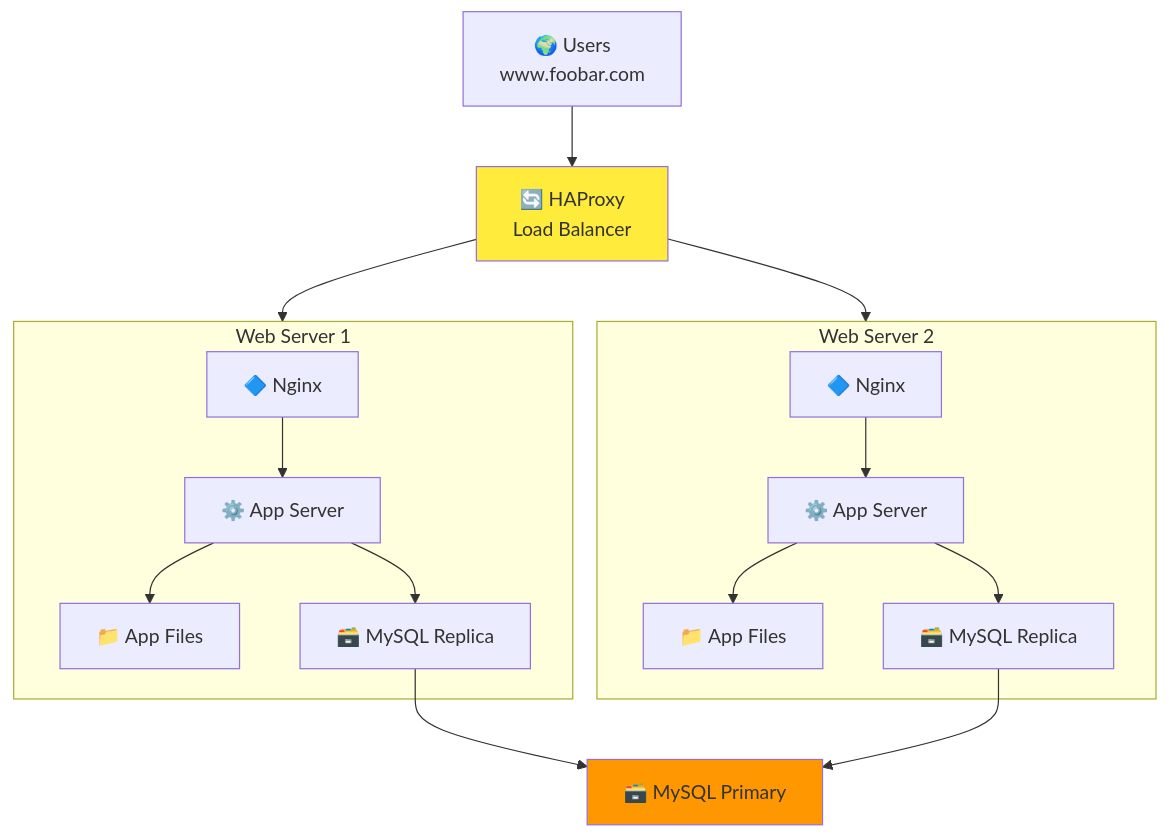
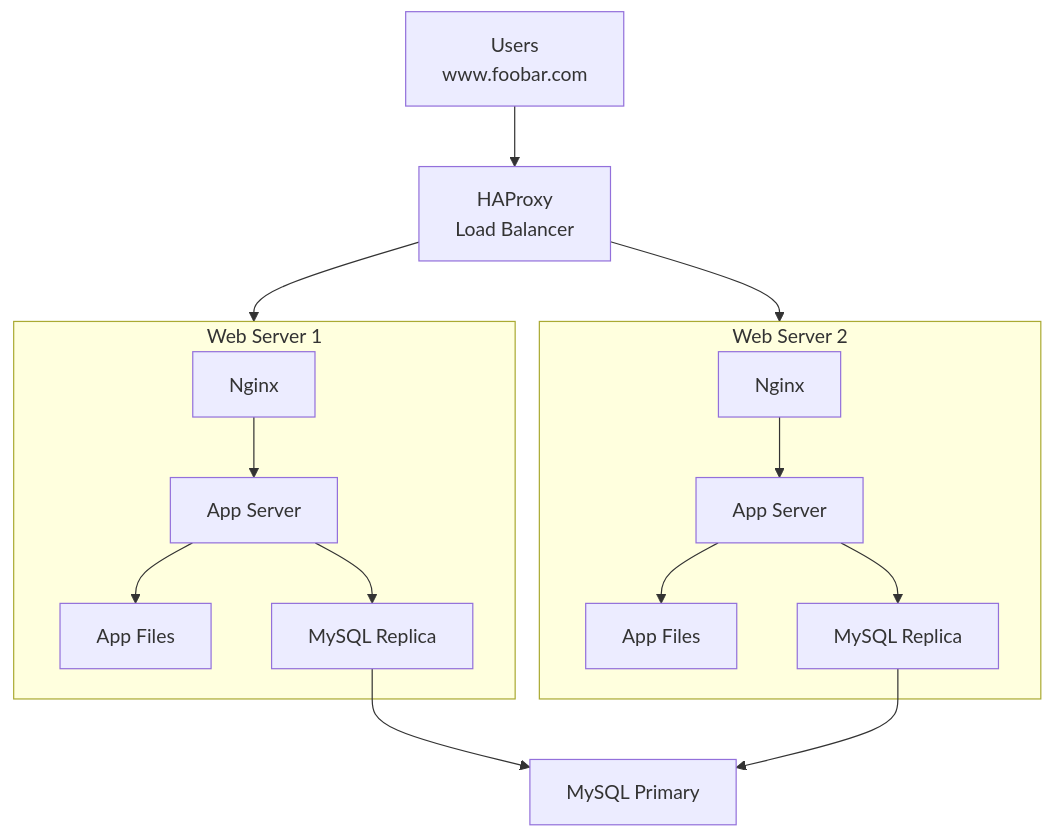
One commit to Genia888/holbertonschool-system_engineering-devops changed the diagram in web_infrastructure_design/1-distributed_web_infrastructure.md. Above: the diagram before and after it, drawn with Mermaid.

Commit message:
Remove emojis from distributed web infrastructure diagram for clarity

````diff
--- a/web_infrastructure_design/1-distributed_web_infrastructure.md
+++ b/web_infrastructure_design/1-distributed_web_infrastructure.md
@@ -1,26 +1,23 @@
 ```mermaid
 graph TB
-    A[🌍 Users<br/>www.foobar.com] --> B[🔄 HAProxy<br/>Load Balancer]
+    A[Users<br/>www.foobar.com] --> B[HAProxy<br/>Load Balancer]
     
-    B --> C[🖥️ Server 1]
-    B --> D[🖥️ Server 2]
+    B --> C[Server 1]
+    B --> D[Server 2]
     
     subgraph C [Web Server 1]
-        E[🔷 Nginx] --> F[⚙️ App Server]
-        F --> G[📁 App Files]
-        F --> H[🗃️ MySQL Replica]
+        E[Nginx] --> F[App Server]
+        F --> G[App Files]
+        F --> H[MySQL Replica]
     end
     
     subgraph D [Web Server 2]
-        I[🔷 Nginx] --> J[⚙️ App Server]
-        J --> K[📁 App Files]
-        J --> L[🗃️ MySQL Replica]
+        I[Nginx] --> J[App Server]
+        J --> K[App Files]
+        J --> L[MySQL Replica]
     end
     
-    H --> M[🗃️ MySQL Primary]
+    H --> M[MySQL Primary]
     L --> M
-    
-    style B fill:#ffeb3b
-    style M fill:#ff9800
 
 ```
````
